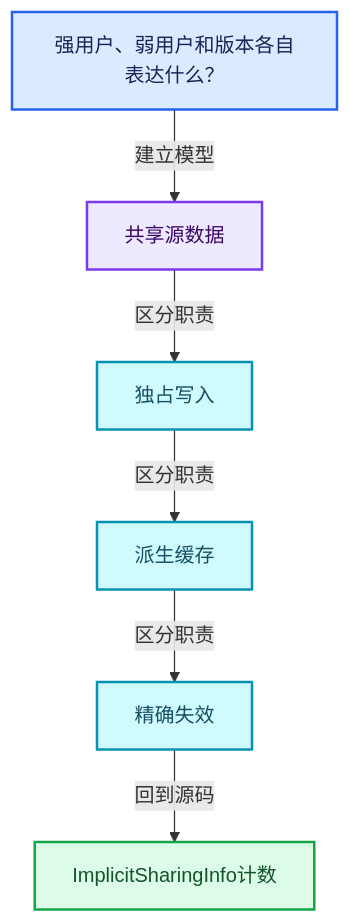
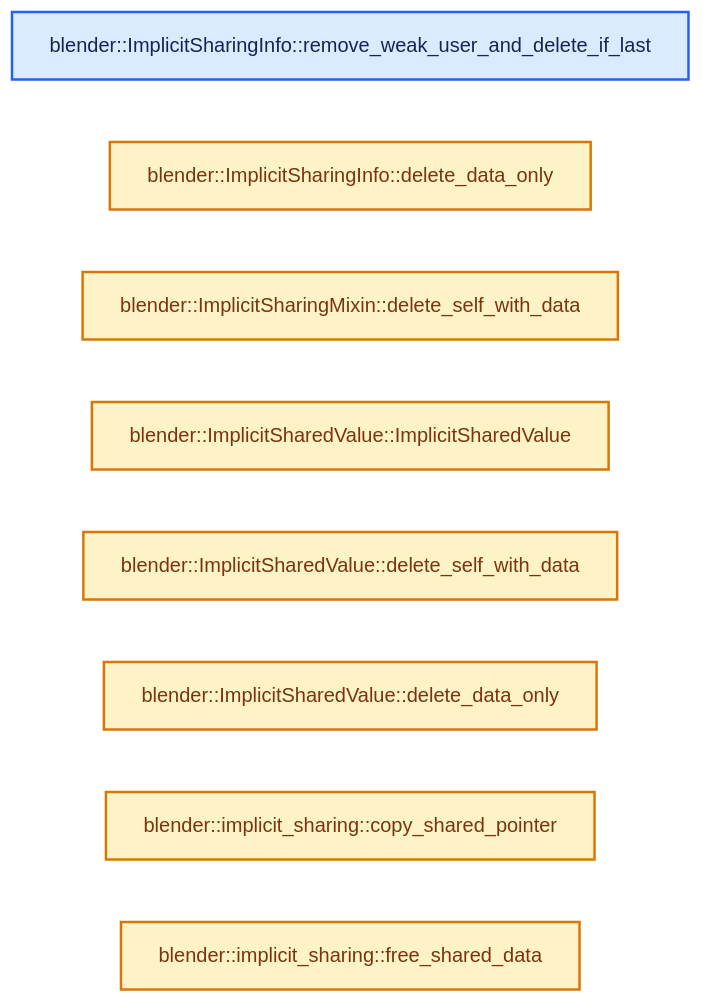
One commit to yunkezengren/blender-.vscode changed the second of 4 diagrams in 杂/markdown/全面学习-codex/06-隐式共享与缓存系统/02-ImplicitSharingInfo计数.md. Above: the diagram before and after it, drawn with Mermaid. The commit also changed other lines of this file and 1930 other files, not shown here.

````diff
--- a/杂/markdown/全面学习-codex/06-隐式共享与缓存系统/02-ImplicitSharingInfo计数.md
+++ b/杂/markdown/全面学习-codex/06-隐式共享与缓存系统/02-ImplicitSharingInfo计数.md
@@ -60,20 +46,17 @@
 ```mermaid
-flowchart TB
-  Q["强用户、弱用户和版本各自表达什么？"]:::input
-  C0["共享源数据"]:::abstraction
-  C1["独占写入"]:::data
-  C2["派生缓存"]:::data
-  C3["精确失效"]:::data
-  R["ImplicitSharingInfo计数"]:::result
-  Q -->|"建立模型"| C0
-  C0 -->|"区分职责"| C1
-  C1 -->|"区分职责"| C2
-  C2 -->|"区分职责"| C3
-  C3 -->|"回到源码"| R
+flowchart LR
+  F0["blender::ImplicitSharingInfo::remove_weak_user_and_delete_if_last"]:::input
+  F1["blender::ImplicitSharingInfo::delete_data_only"]:::compute
+  F2["blender::ImplicitSharingMixin::delete_self_with_data"]:::compute
+  F3["blender::ImplicitSharedValue::ImplicitSharedValue"]:::compute
+  F4["blender::ImplicitSharedValue::delete_self_with_data"]:::compute
+  F5["blender::ImplicitSharedValue::delete_data_only"]:::compute
+  F6["blender::implicit_sharing::copy_shared_pointer"]:::compute
+  F7["blender::implicit_sharing::free_shared_data"]:::compute
   classDef input fill:#DBEAFE,stroke:#2563EB,color:#172554,stroke-width:2px;
   classDef data fill:#CFFAFE,stroke:#0891B2,color:#164E63,stroke-width:2px;
   classDef abstraction fill:#EDE9FE,stroke:#7C3AED,color:#3B0764,stroke-width:2px;
   classDef compute fill:#FEF3C7,stroke:#D97706,color:#78350F,stroke-width:2px;
   classDef result fill:#DCFCE7,stroke:#16A34A,color:#14532D,stroke-width:2px;
   classDef error fill:#FEE2E2,stroke:#DC2626,color:#7F1D1D,stroke-width:2px;
 ```
````
